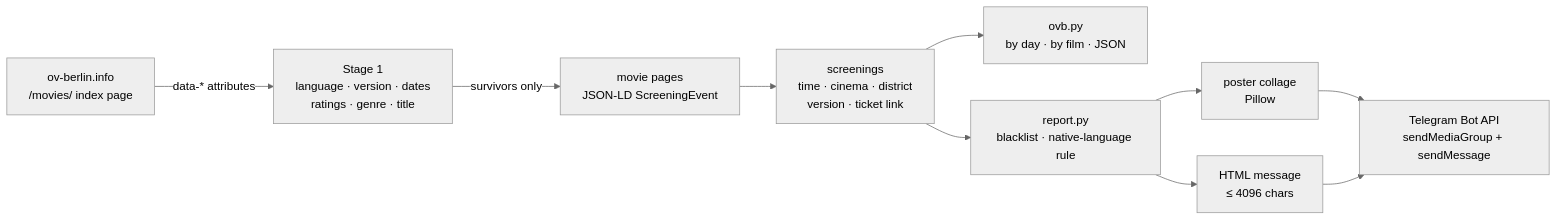
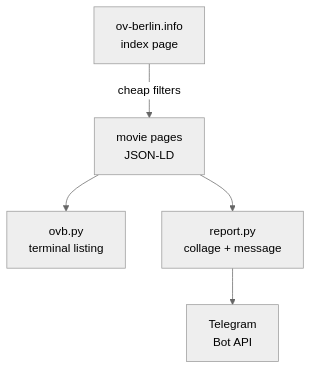
One commit to constkolesnyak/ovd-berlin changed the diagram in README.md. Above: the diagram before and after it, drawn with Mermaid (neutral theme). The commit also changed other lines of this file, not shown here.

First line of the commit message:
Redesign the README for the repo landing page

````diff
--- a/README.md
+++ b/README.md
@@ -84,17 +82,7 @@
 ```mermaid
-flowchart LR
-    idx["ov-berlin.info<br>/movies/ index page"]
-    s1["Stage 1<br>language · version · dates<br>ratings · genre · title"]
-    pages["movie pages<br>JSON-LD ScreeningEvent"]
-    rows["screenings<br>time · cinema · district<br>version · ticket link"]
-    cli["ovb.py<br>by day · by film · JSON"]
-    rep["report.py<br>blacklist · native-language rule"]
-    col["poster collage<br>Pillow"]
-    msg["HTML message<br>≤ 4096 chars"]
-    tg["Telegram Bot API<br>sendMediaGroup + sendMessage"]
-
-    idx -->|"data-* attributes"| s1 -->|"survivors only"| pages --> rows
-    rows --> cli
-    rows --> rep --> col --> tg
-    rep --> msg --> tg
+flowchart TD
+    A["ov-berlin.info<br/>index page"] -->|"cheap filters"| C["movie pages<br/>JSON-LD"]
+    C --> D["ovb.py<br/>terminal listing"]
+    C --> E["report.py<br/>collage + message"]
+    E --> F["Telegram<br/>Bot API"]
 ```
````
